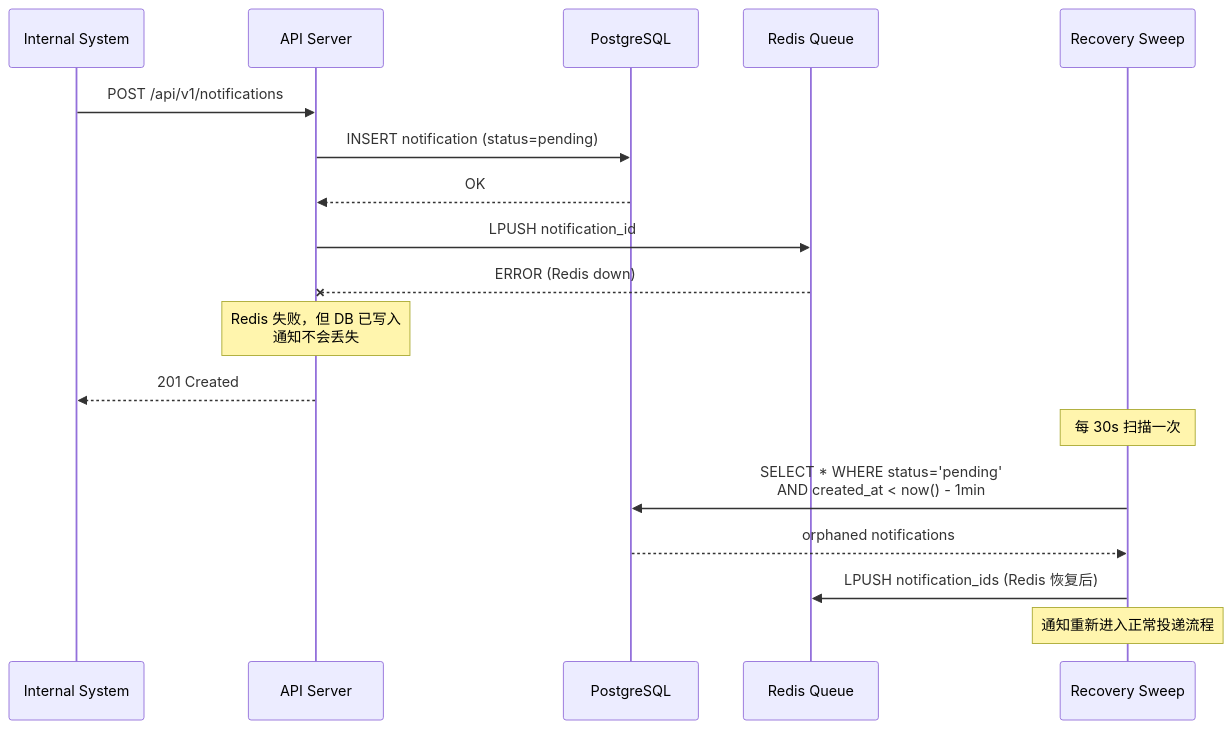
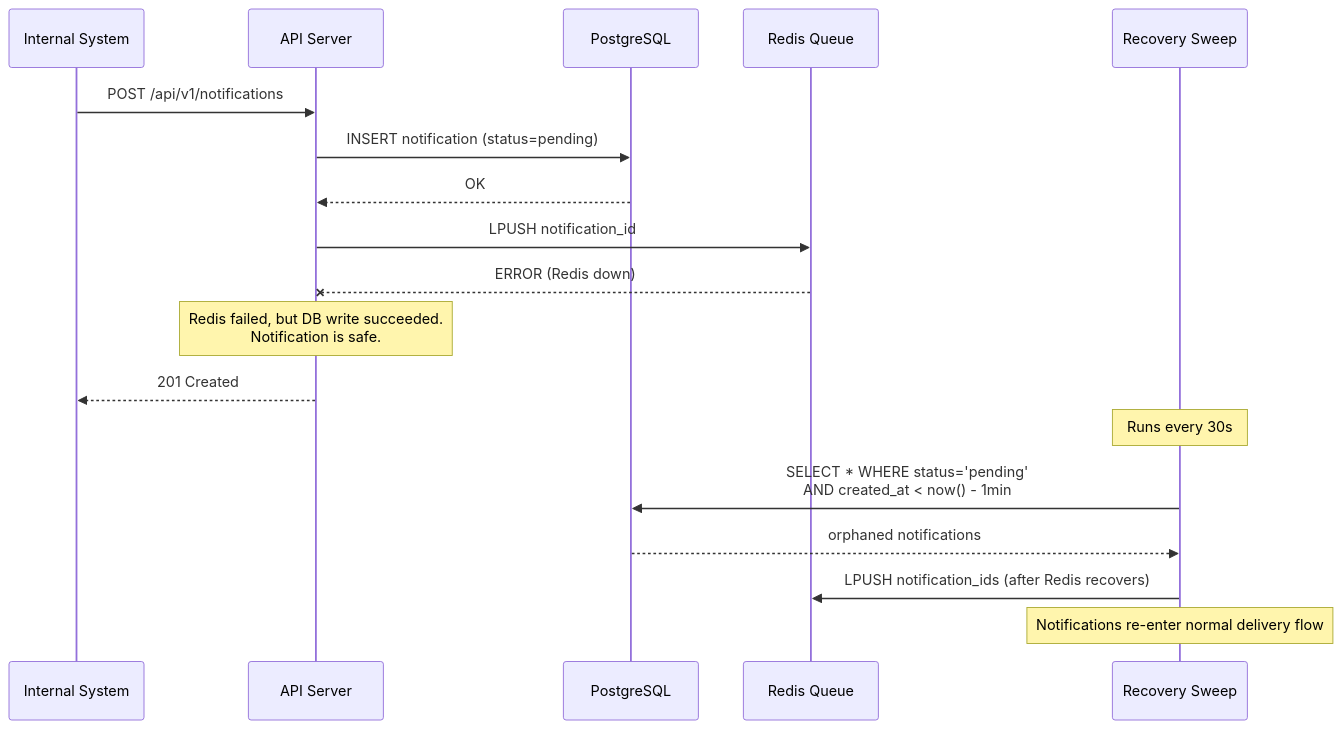
One commit to Alex200411/notify-service changed the second of 8 diagrams in design.md. Above: the diagram before and after it, drawn with Mermaid. The commit also changed other lines of this file, not shown here.

````diff
--- a/design.md
+++ b/design.md
@@ -48,22 +48,22 @@
 ```mermaid
 sequenceDiagram
     participant Caller as Internal System
     participant API as API Server
     participant DB as PostgreSQL
     participant Q as Redis Queue
     participant RS as Recovery Sweep
 
     Caller->>API: POST /api/v1/notifications
     API->>DB: INSERT notification (status=pending)
     DB-->>API: OK
     API->>Q: LPUSH notification_id
     Q--xAPI: ERROR (Redis down)
-    Note over API: Redis 失败，但 DB 已写入<br/>通知不会丢失
+    Note over API: Redis failed, but DB write succeeded.<br/>Notification is safe.
     API-->>Caller: 201 Created
 
-    Note over RS: 每 30s 扫描一次
+    Note over RS: Runs every 30s
     RS->>DB: SELECT * WHERE status='pending'<br/>AND created_at < now() - 1min
     DB-->>RS: orphaned notifications
-    RS->>Q: LPUSH notification_ids (Redis 恢复后)
-    Note over RS: 通知重新进入正常投递流程
+    RS->>Q: LPUSH notification_ids (after Redis recovers)
+    Note over RS: Notifications re-enter normal delivery flow
 ```
````
